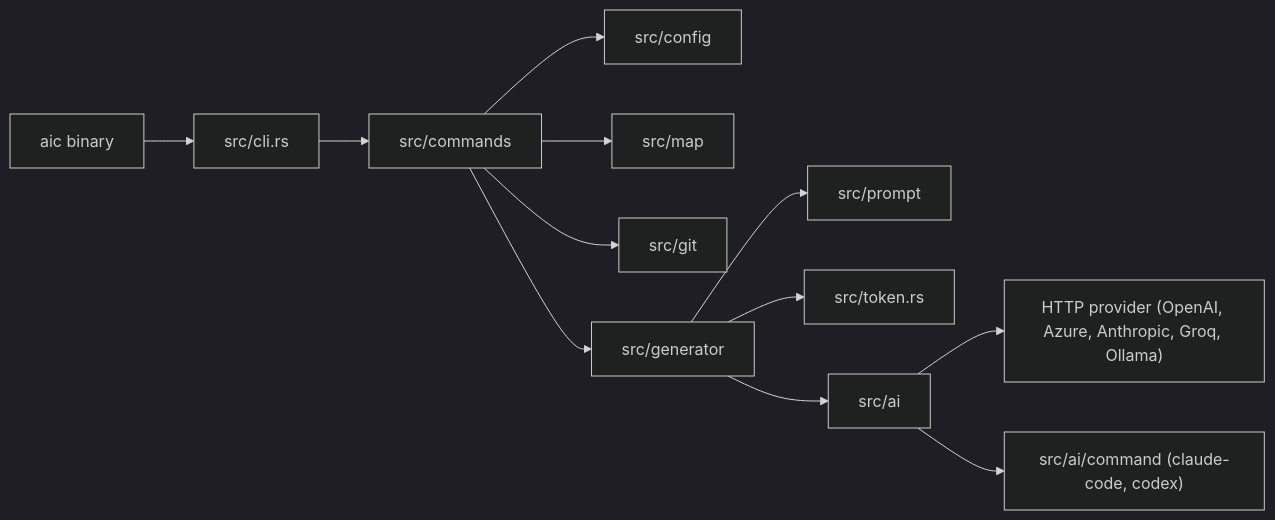
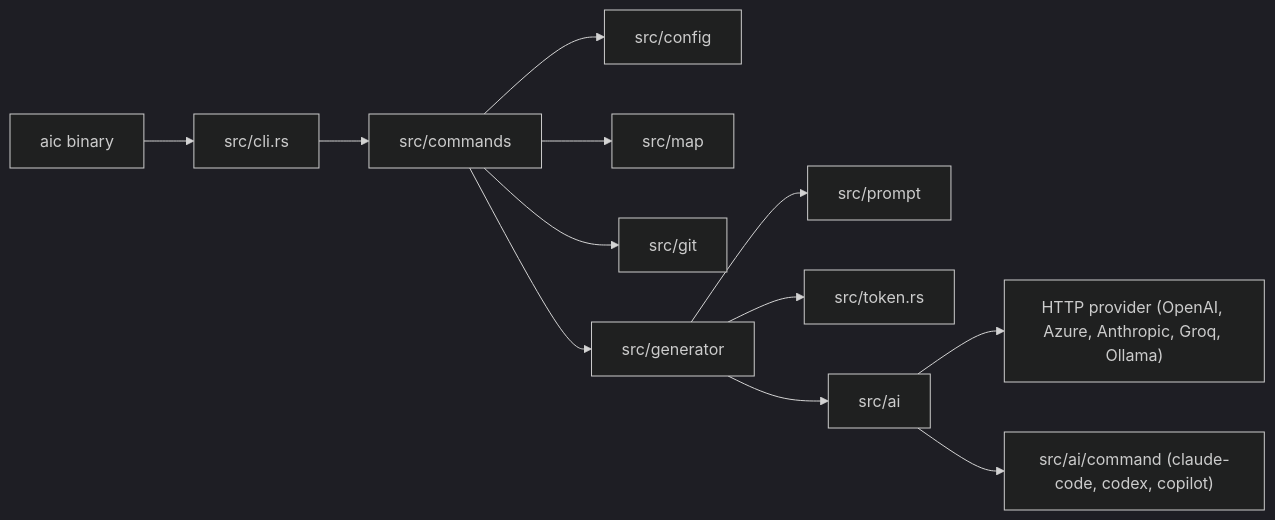
The first of 2 diagrams in docs/architecture.md (russmckendrick/aicommit), drawn with Mermaid (dark theme) before and after one commit. The commit also changed other lines of this file and 23 other files, not shown here.

````diff
--- a/docs/architecture.md
+++ b/docs/architecture.md
@@ -22,14 +22,14 @@
 ```mermaid
 flowchart LR
     Bin["aic binary"] --> Cli["src/cli.rs"]
     Cli --> Commands["src/commands"]
     Commands --> Config["src/config"]
     Commands --> Map["src/map"]
     Commands --> Git["src/git"]
     Commands --> Generator["src/generator"]
     Generator --> Prompt["src/prompt"]
     Generator --> Token["src/token.rs"]
     Generator --> Ai["src/ai"]
     Ai --> HTTP["HTTP provider (OpenAI, Azure, Anthropic, Groq, Ollama)"]
-    Ai --> Command["src/ai/command (claude-code, codex)"]
+    Ai --> Command["src/ai/command (claude-code, codex, copilot)"]
 ```
````
